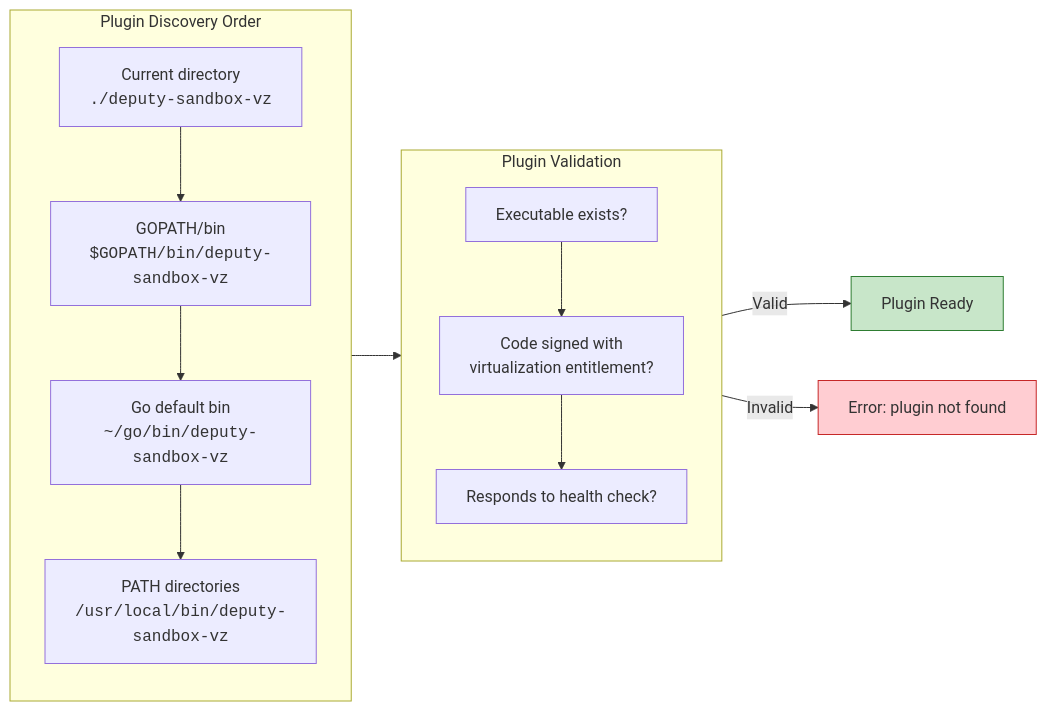
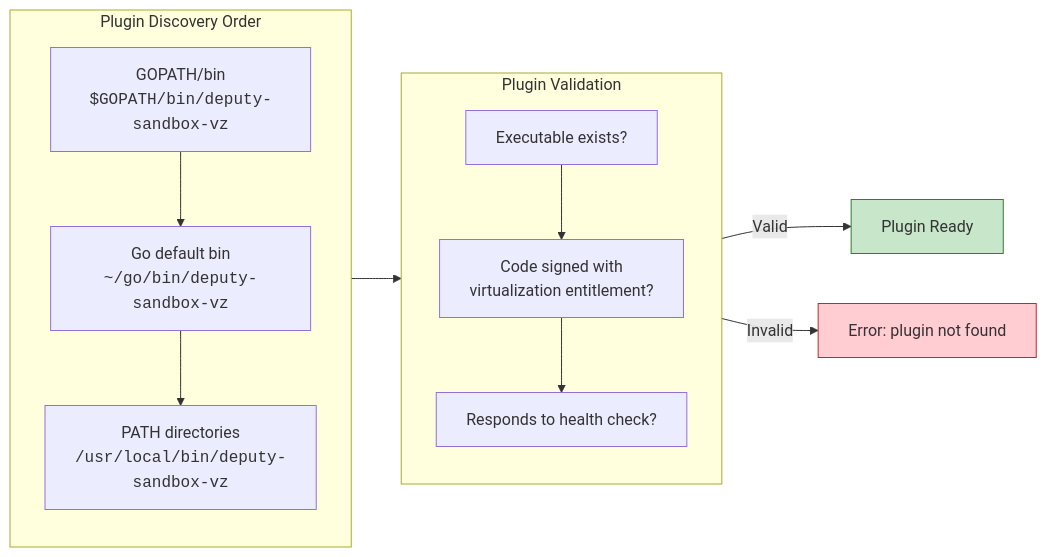
Before and after one commit to temporalio/deputy: the second of 19 diagrams in examples/sandbox-plugins/vz/README.md, drawn with Mermaid. The commit also changed 2 other files, not shown here.

Commit message:
Continue iterating

````diff
--- a/examples/sandbox-plugins/vz/README.md
+++ b/examples/sandbox-plugins/vz/README.md
@@ -89,26 +89,25 @@
 ```mermaid
 flowchart LR
     subgraph Discovery["Plugin Discovery Order"]
         direction TB
-        D1["Current directory<br/><code>./deputy-sandbox-vz</code>"]
-        D2["GOPATH/bin<br/><code>$GOPATH/bin/deputy-sandbox-vz</code>"]
-        D3["Go default bin<br/><code>~/go/bin/deputy-sandbox-vz</code>"]
-        D4["PATH directories<br/><code>/usr/local/bin/deputy-sandbox-vz</code>"]
-        D1 --> D2 --> D3 --> D4
+        D1["GOPATH/bin<br/><code>$GOPATH/bin/deputy-sandbox-vz</code>"]
+        D2["Go default bin<br/><code>~/go/bin/deputy-sandbox-vz</code>"]
+        D3["PATH directories<br/><code>/usr/local/bin/deputy-sandbox-vz</code>"]
+        D1 --> D2 --> D3
     end
 
     subgraph Validation["Plugin Validation"]
         direction TB
         V1["Executable exists?"]
         V2["Code signed with<br/>virtualization entitlement?"]
         V3["Responds to health check?"]
         V1 --> V2 --> V3
     end
 
     Discovery --> Validation
     Validation -->|Valid| Ready["Plugin Ready"]
     Validation -->|Invalid| Error["Error: plugin not found"]
 
     style Ready fill:#c8e6c9,stroke:#2e7d32
     style Error fill:#ffcdd2,stroke:#c62828
 ```
````
